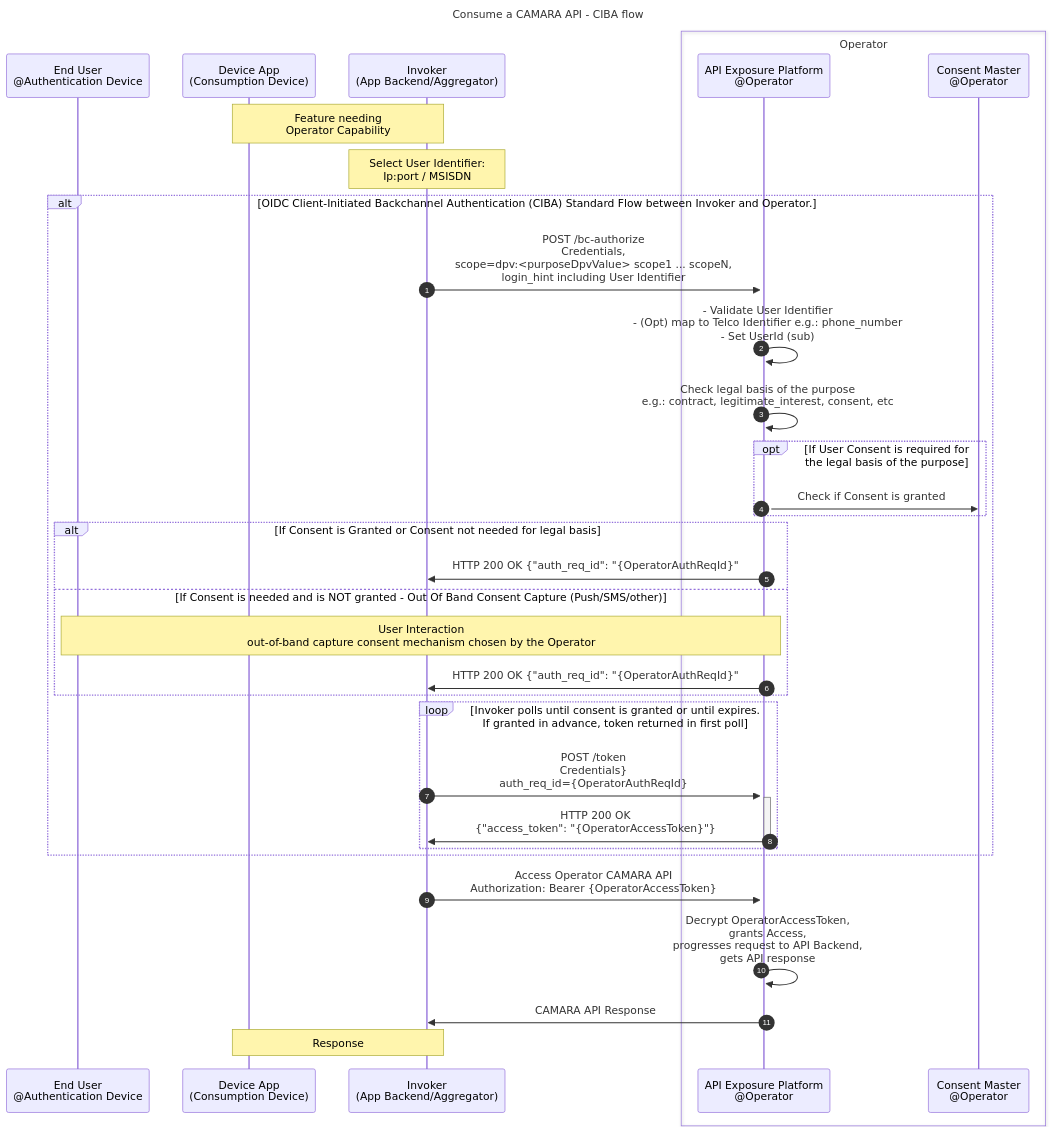
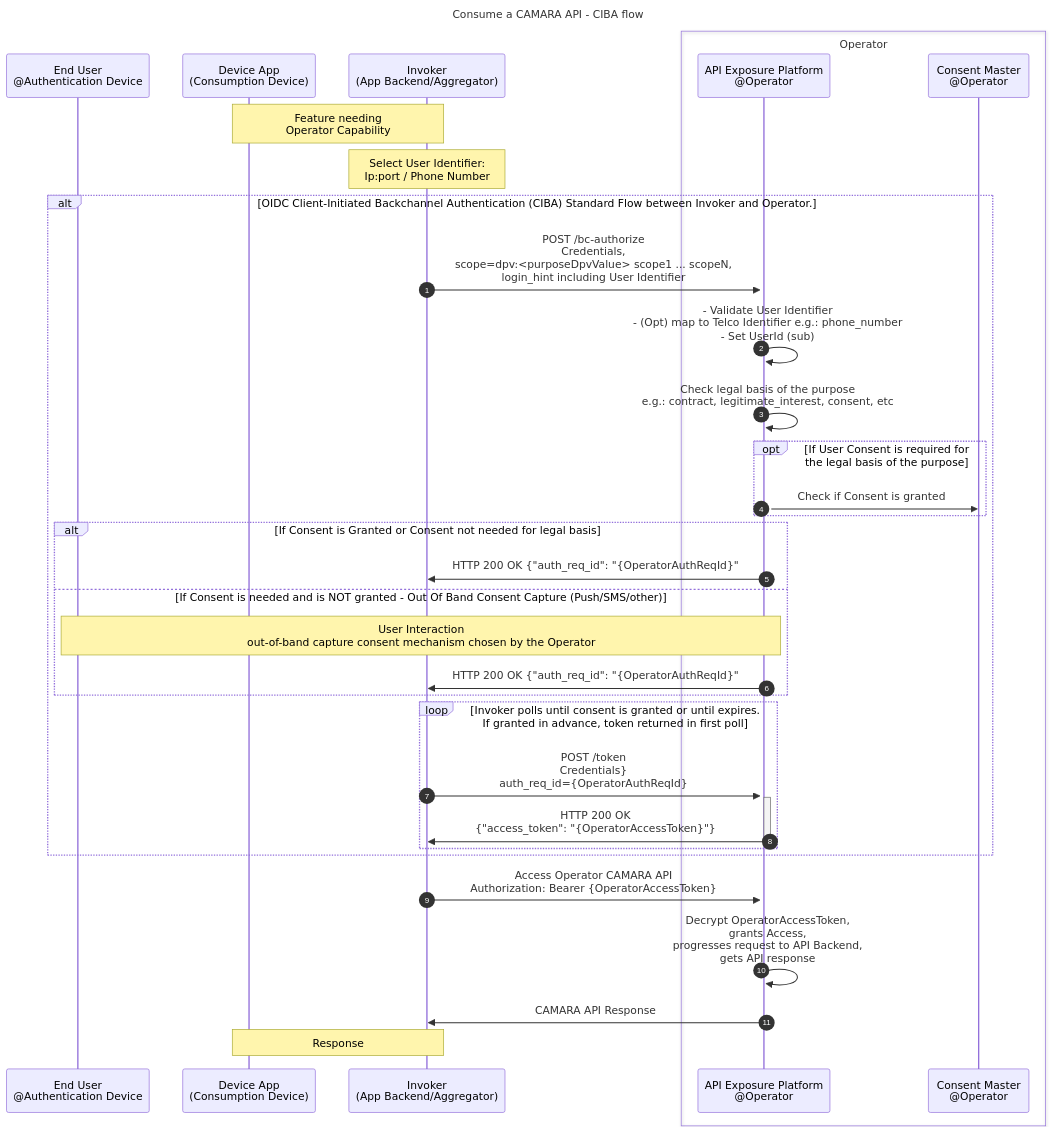
One commit to camaraproject/IdentityAndConsentManagement changed the second of 2 diagrams in documentation/CAMARA-API-access-and-user-consent.md. Above: the diagram before and after it, drawn with Mermaid. The commit also changed other lines of this file, not shown here.

````diff
--- a/documentation/CAMARA-API-access-and-user-consent.md
+++ b/documentation/CAMARA-API-access-and-user-consent.md
@@ -192,38 +192,38 @@
 ```mermaid
 sequenceDiagram
 autonumber
 title Consume a CAMARA API - CIBA flow
 participant User as End User<br>@Authentication Device
 participant FE as Device App<br> (Consumption Device)
 participant BE as Invoker<br>(App Backend/Aggregator)  
 box Operator
   participant ExpO as API Exposure Platform<br>@Operator  
   participant Consent as Consent Master<br>@Operator
 end
 
 Note over FE,BE: Feature needing<br>Operator Capability  
-Note over BE: Select User Identifier:<br> Ip:port / MSISDN  
+Note over BE: Select User Identifier:<br> Ip:port / Phone Number  
 
 alt OIDC Client-Initiated Backchannel Authentication (CIBA) Standard Flow between Invoker and Operator.
   BE->>+ExpO: POST /bc-authorize<br> Credentials,<br>scope=dpv:<purposeDpvValue> scope1 ... scopeN,<br>login_hint including User Identifier    
   ExpO->>ExpO: - Validate User Identifier<br>- (Opt) map to Telco Identifier e.g.: phone_number<br>- Set UserId (sub)  
   ExpO->>ExpO: Check legal basis of the purpose<br> e.g.: contract, legitimate_interest, consent, etc  
   opt If User Consent is required for the legal basis of the purpose  
     ExpO->>Consent: Check if Consent is granted
   end
   alt If Consent is Granted or Consent not needed for legal basis   
     ExpO->>BE: HTTP 200 OK {"auth_req_id": "{OperatorAuthReqId}"  
   else If Consent is needed and is NOT granted - Out Of Band Consent Capture (Push/SMS/other)
     Note over ExpO,User: User Interaction <br> out-of-band capture consent mechanism chosen by the Operator
     ExpO->>BE: HTTP 200 OK {"auth_req_id": "{OperatorAuthReqId}"
   end
   loop Invoker polls until consent is granted or until expires. If granted in advance, token returned in first poll
     BE->>+ExpO: POST /token <br>Credentials}<br>auth_req_id={OperatorAuthReqId}    
     ExpO->>-BE: HTTP 200 OK <br>{"access_token": "{OperatorAccessToken}"} 
   end  
 end
 BE->>ExpO: Access Operator CAMARA API <br> Authorization: Bearer {OperatorAccessToken}    
 ExpO->>ExpO: Decrypt OperatorAccessToken,<br>grants Access,<br>progresses request to API Backend,<br>gets API response  
 ExpO->>BE: CAMARA API Response
 Note over BE,FE: Response
 ```
````
